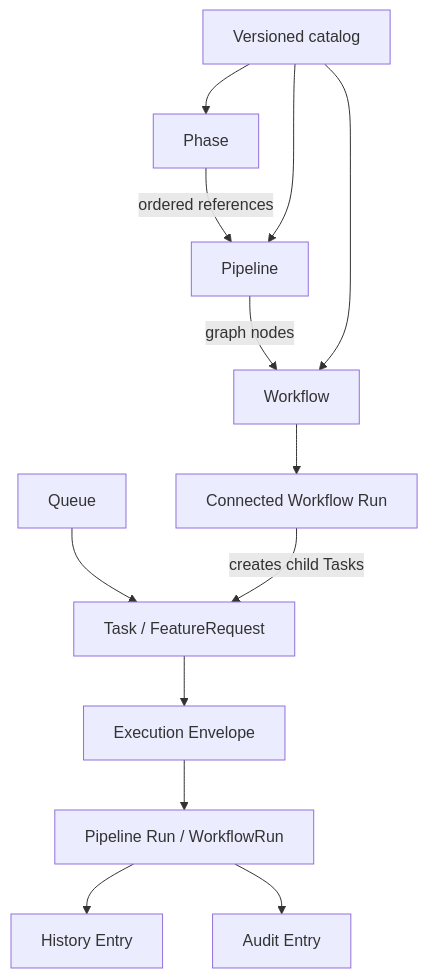
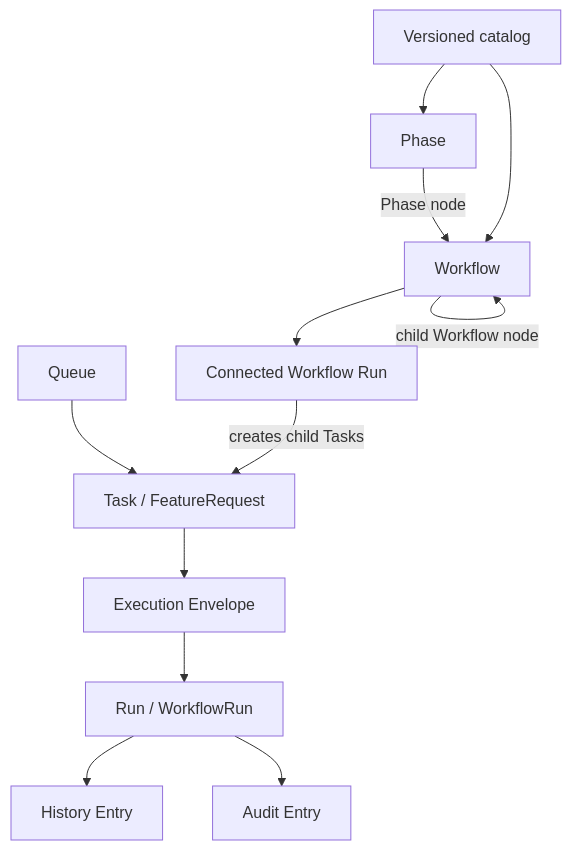
One commit to lehoa1806/schegent changed the diagram in docs/explanation/core-concepts.md. Above: the diagram before and after it, drawn with Mermaid. The commit also changed other lines of this file and 36 other files, not shown here.

````diff
--- a/docs/explanation/core-concepts.md
+++ b/docs/explanation/core-concepts.md
@@ -13,15 +13,14 @@
 ```mermaid
 graph TD
-  Phase[Phase] -->|ordered references| Pipeline[Pipeline]
-  Pipeline -->|graph nodes| Workflow[Workflow]
+  Phase[Phase] -->|Phase node| Workflow[Workflow]
+  Workflow -->|child Workflow node| Workflow
   Catalog[Versioned catalog] --> Phase
-  Catalog --> Pipeline
   Catalog --> Workflow
   Queue[Queue] --> Task[Task / FeatureRequest]
   Task --> Envelope[Execution Envelope]
-  Envelope --> Run[Pipeline Run / WorkflowRun]
+  Envelope --> Run[Run / WorkflowRun]
   Workflow --> Connected[Connected Workflow Run]
   Connected -->|creates child Tasks| Task
   Run --> History[History Entry]
   Run --> Audit[Audit Entry]
 ```
````
